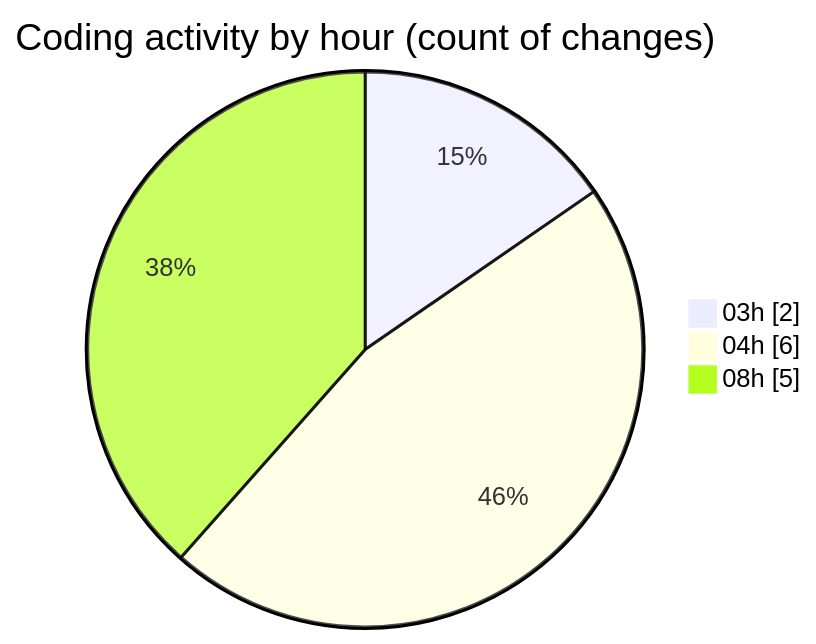
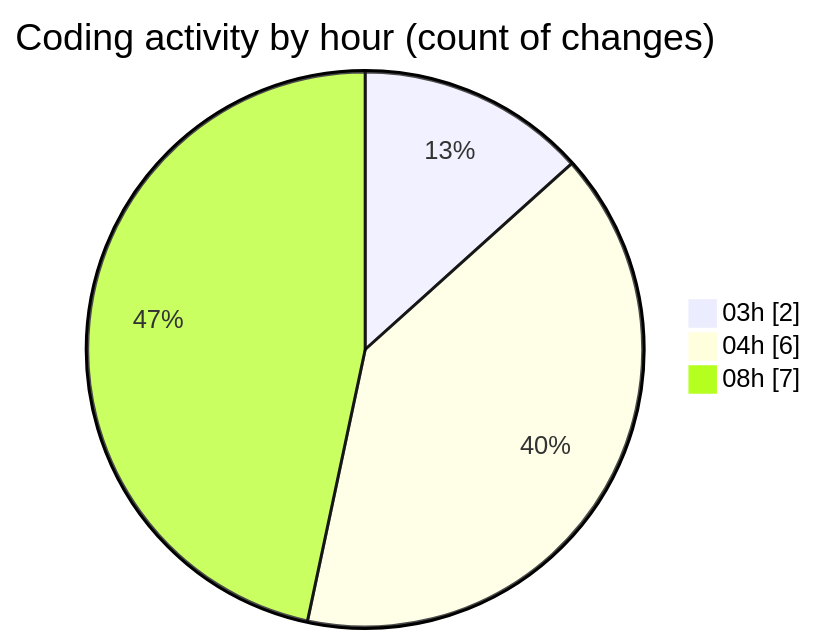
Before and after one commit to tmsrecording-cyber/code-tracking: the second of 2 diagrams in 2026-02-07/singularitybrainai/README.md, drawn with Mermaid. The commit also changed other lines of this file and 1 other file, not shown here.

````diff
--- a/2026-02-07/singularitybrainai/README.md
+++ b/2026-02-07/singularitybrainai/README.md
@@ -31,7 +31,7 @@
 ```mermaid
 pie showData
 title Coding activity by hour (count of changes)
 "03h" : 2
 "04h" : 6
-"08h" : 5
+"08h" : 7
 ```
````
